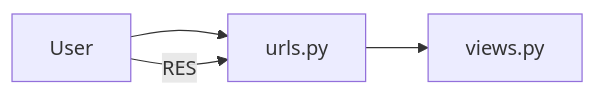
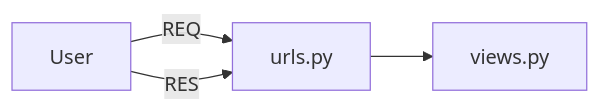
One commit to siddharthkumarrai/Django_Guide changed the diagram in README.md. Above: the diagram before and after it, drawn with Mermaid.

````diff
--- a/README.md
+++ b/README.md
@@ -35,5 +35,5 @@
 ```mermaid
 flowchart LR
-    User --> urls.py --> views.py
+    User -->|REQ| urls.py --> views.py
     User -->|RES| urls.py
 ```
````
